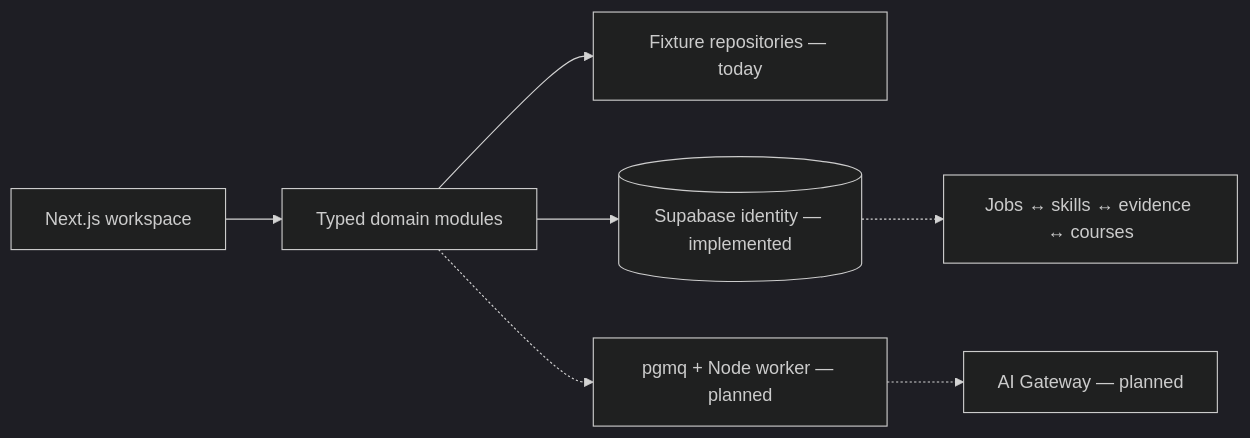
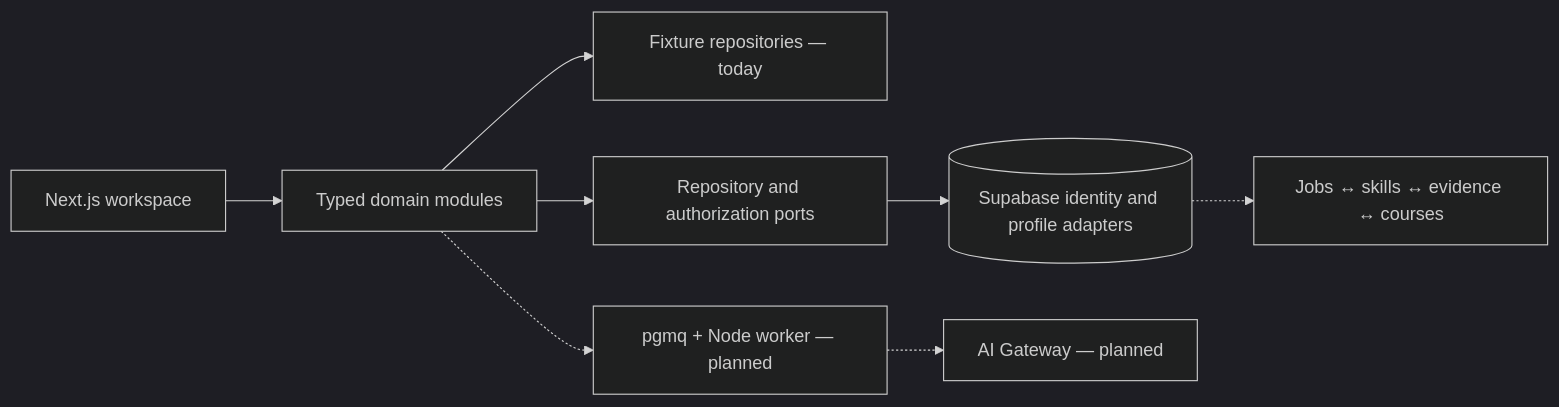
Before and after one commit to jerry1022/rolefoundry: the diagram in README.md, drawn with Mermaid (dark theme). The commit also changed other lines of this file and 50 other files, not shown here.

Commit message:
feat: implement module 02 through replaceable profile and evidence ports

````diff
--- a/README.md
+++ b/README.md
@@ -85,9 +92,10 @@
 ```mermaid
 flowchart LR
     UI[Next.js workspace] --> D[Typed domain modules]
     D --> F[Fixture repositories — today]
-    D --> DB[(Supabase identity — implemented)]
+    D --> Ports[Repository and authorization ports]
+    Ports --> DB[(Supabase identity and profile adapters)]
     D -.-> Q[pgmq + Node worker — planned]
     Q -.-> AI[AI Gateway — planned]
     DB -.-> S[Jobs ↔ skills ↔ evidence ↔ courses]
 ```
````
